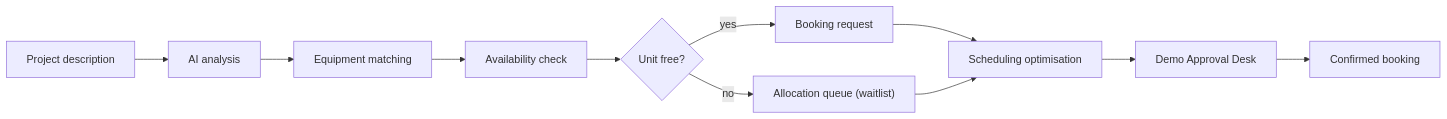
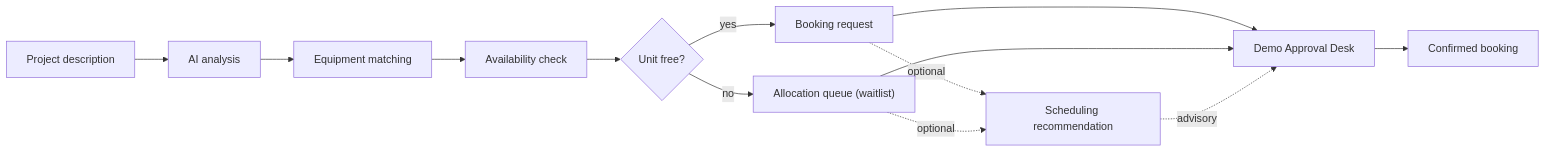
Before and after one commit to Mohammed-Bilal-Tanveer/PromptWars: the second of 2 diagrams in README.md, drawn with Mermaid. The commit also changed other lines of this file and 2 other files, not shown here.

Commit message:
docs: apply reviewer fixes (diagrams, contract details, CLAUDE.md rules, wording)

````diff
--- a/README.md
+++ b/README.md
@@ -76,13 +76,15 @@
 ```mermaid
 flowchart LR
   A["Project description"] --> B["AI analysis"]
   B --> C["Equipment matching"]
   C --> D["Availability check"]
   D --> E{"Unit free?"}
   E -- yes --> F["Booking request"]
   E -- no --> G["Allocation queue (waitlist)"]
-  F --> H["Scheduling optimisation"]
-  G --> H
-  H --> I["Demo Approval Desk"]
+  F --> I["Demo Approval Desk"]
+  G --> I
+  F -. optional .-> H["Scheduling recommendation"]
+  G -. optional .-> H
+  H -. advisory .-> I
   I --> J["Confirmed booking"]
 ```
````
